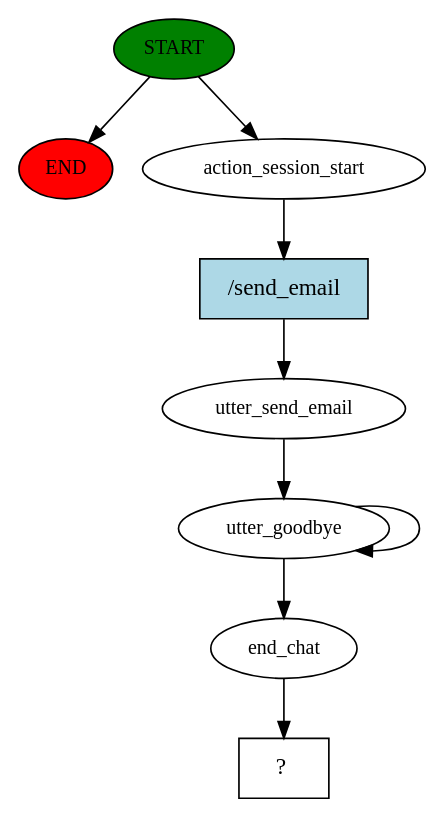
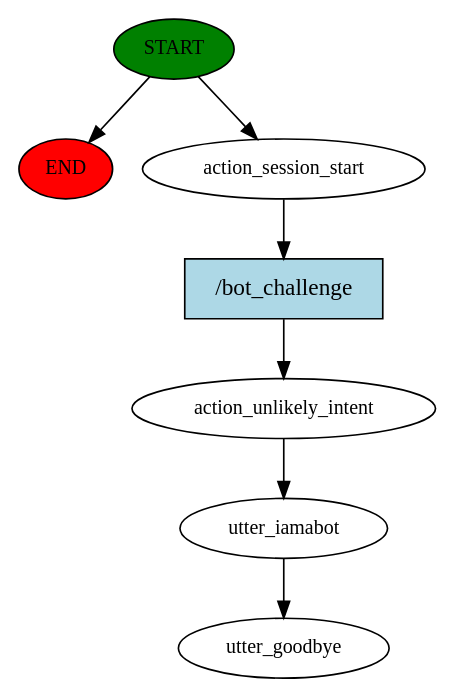
The diagram in story_graph.dot (AlejandroChitivaC/BotPythonRasa), drawn with Graphviz before and after one commit. The commit also changed 41 other files, not shown here.

```diff
--- a/story_graph.dot
+++ b/story_graph.dot
@@ -1,18 +1,15 @@
 digraph  {
 0 [class="start active", fillcolor=green, fontsize=12, label=START, style=filled];
 "-1" [class=end, fillcolor=red, fontsize=12, label=END, style=filled];
 1 [class=active, fontsize=12, label=action_session_start];
-2 [class=active, fontsize=12, label=utter_send_email];
-3 [class=active, fontsize=12, label=utter_goodbye];
-5 [class=active, fontsize=12, label=end_chat];
-6 [class="intent dashed active", label="  ?  ", shape=rect];
-7 [class="intent active", fillcolor=lightblue, label="/send_email", shape=rect, style=filled];
+2 [class=active, fontsize=12, label=action_unlikely_intent];
+3 [class=active, fontsize=12, label=utter_iamabot];
+4 [class="dashed active", fontsize=12, label=utter_goodbye];
+5 [class="intent active", fillcolor=lightblue, label="/bot_challenge", shape=rect, style=filled];
 0 -> "-1"  [class="", key=NONE, label=""];
 0 -> 1  [class=active, key=NONE, label=""];
-1 -> 7  [class=active, key=0];
+1 -> 5  [class=active, key=0];
 2 -> 3  [class=active, key=NONE, label=""];
-3 -> 5  [class=active, key=NONE, label=""];
-3 -> 3  [class=active, key=NONE, label=""];
-5 -> 6  [class=active, key=NONE, label=""];
-7 -> 2  [class=active, key=0];
+3 -> 4  [class=active, key=NONE, label=""];
+5 -> 2  [class=active, key=0];
 }
```
